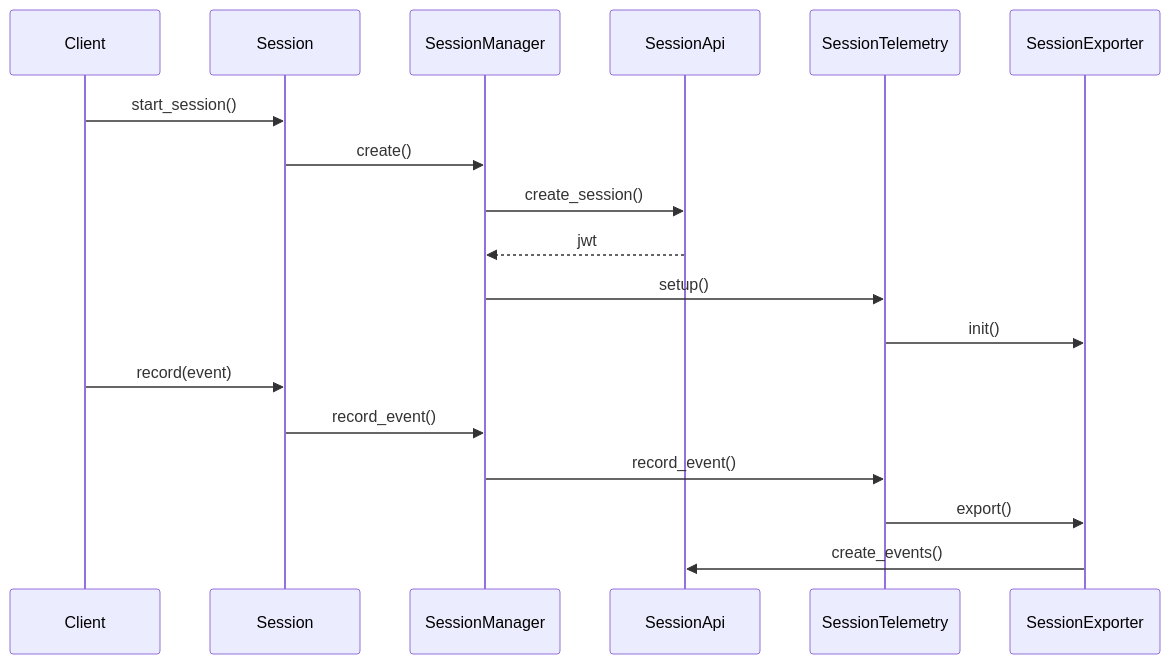
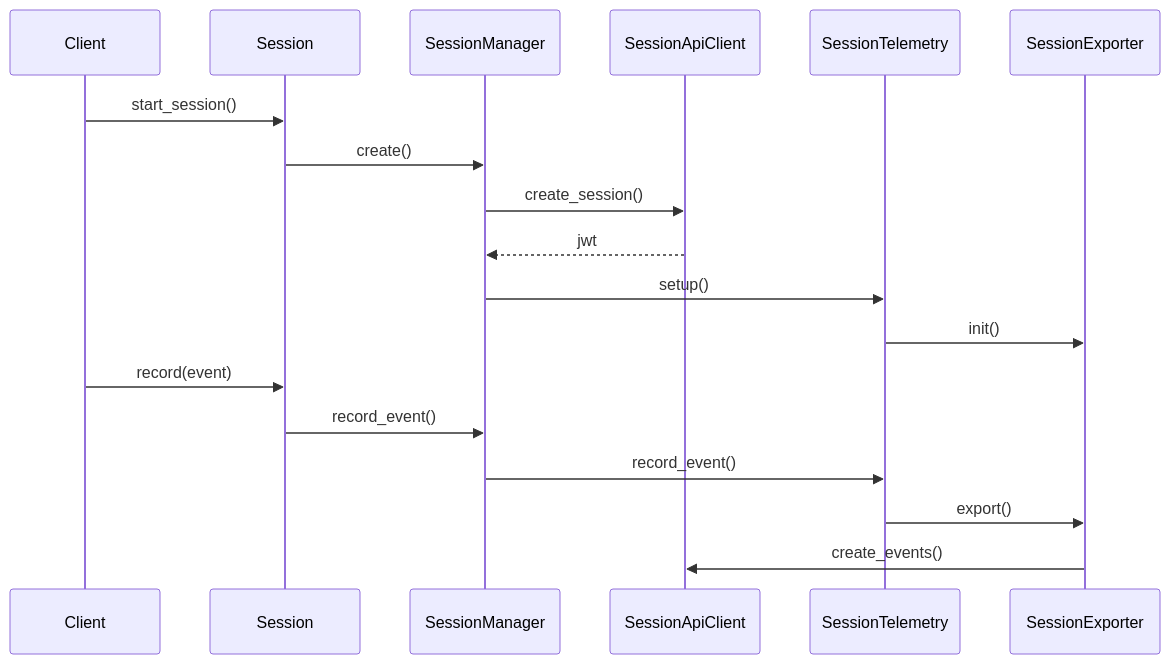
Before and after one commit to AgentOps-AI/agentops: the second of 2 diagrams in agentops/session/README.md, drawn with Mermaid. The commit also changed other lines of this file and 12 other files, not shown here.

````diff
--- a/agentops/session/README.md
+++ b/agentops/session/README.md
@@ -51,22 +51,22 @@
 ```mermaid
 sequenceDiagram
     participant C as Client
     participant S as Session
     participant M as SessionManager
-    participant A as SessionApi
+    participant A as SessionApiClient
     participant T as SessionTelemetry
     participant E as SessionExporter
 
     C->>S: start_session()
     S->>M: create()
     M->>A: create_session()
     A-->>M: jwt
     M->>T: setup()
     T->>E: init()
 
     C->>S: record(event)
     S->>M: record_event()
     M->>T: record_event()
     T->>E: export()
     E->>A: create_events()
 ```
````
